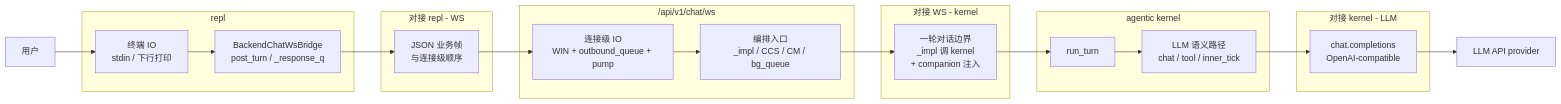
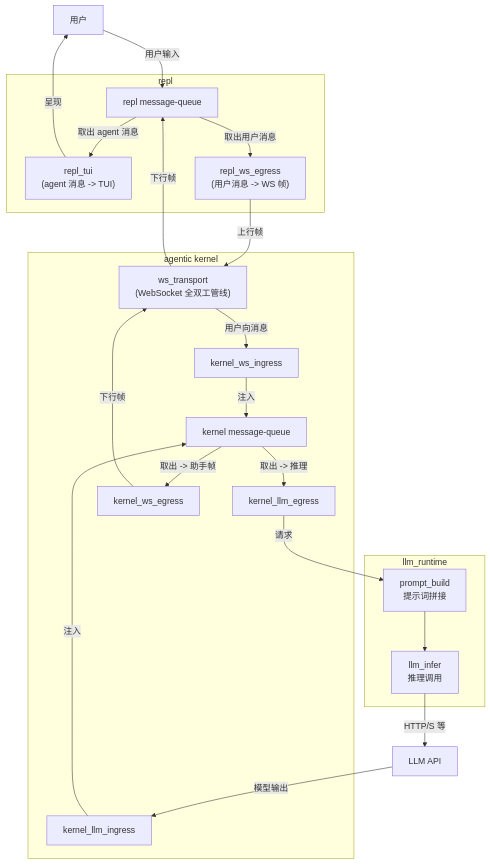
One commit to NascentCore/inty changed the first of 2 diagrams in docs/imate/ARCH.md. Above: the diagram before and after it, drawn with Mermaid. The commit also changed other lines of this file, not shown here.

Commit message:
docs(imate): ARCH logical flow diagram + logic vs code summary table
Replace ideal-view with message-path model; add summary table mapping diagram to implementation.

````diff
--- a/docs/imate/ARCH.md
+++ b/docs/imate/ARCH.md
@@ -21,35 +42,44 @@
 ```mermaid
-flowchart LR
+flowchart TB
   User["用户"]
 
   subgraph repl["repl"]
-    TTY["终端 IO\nstdin / 下行打印"]
-    Bridge["BackendChatWsBridge\npost_turn / _response_q"]
+    RMQ["repl message-queue"]
+    ReplTui["repl_tui\n(agent 消息 -> TUI)"]
+    ReplWsOut["repl_ws_egress\n(用户消息 -> WS 帧)"]
+    RMQ -->|"取出 agent 消息"| ReplTui
+    RMQ -->|"取出用户消息"| ReplWsOut
   end
 
-  subgraph DockRW["对接 repl - WS"]
-    IF_RW["JSON 业务帧\n与连接级顺序"]
+  User -->|"用户输入"| RMQ
+  ReplTui -->|"呈现"| User
+
+  WST["ws_transport\n(WebSocket 全双工管线)"]
+
+  ReplWsOut -->|"上行帧"| WST
+  WST -->|"下行帧"| RMQ
+
+  subgraph kernel["agentic kernel"]
+    KMQ["kernel message-queue"]
+    KwIn["kernel_ws_ingress"]
+    KlIn["kernel_llm_ingress"]
+    KlOut["kernel_llm_egress"]
+    KwOut["kernel_ws_egress"]
+    WST -->|"用户向消息"| KwIn
+    KwIn -->|"注入"| KMQ
+    KlIn -->|"注入"| KMQ
+    KMQ -->|"取出 -> 推理"| KlOut
+    KMQ -->|"取出 -> 助手帧"| KwOut
+    KwOut -->|"下行帧"| WST
   end
 
-  subgraph ChatWs["/api/v1/chat/ws"]
-    ConnQ["连接级 IO\nWIN + outbound_queue + pump"]
-    SvcGate["编排入口\n_impl / CCS / CM / bg_queue"]
+  subgraph llm_rt["llm_runtime"]
+    Prompt["prompt_build\n提示词拼接"]
+    Infer["llm_infer\n推理调用"]
+    Prompt --> Infer
   end
 
-  subgraph DockWK["对接 WS - kernel"]
-    IF_WK["一轮对话边界\n_impl 调 kernel\n+ companion 注入"]
-  end
-
-  subgraph Kernel["agentic kernel"]
-    Turn["run_turn"]
-    LlmSide["LLM 语义路径\nchat / tool / inner_tick"]
-  end
-
-  subgraph DockKL["对接 kernel - LLM"]
-    IF_KL["chat.completions\nOpenAI-compatible"]
-  end
-
-  LLM["LLM API provider"]
-
-  User --> TTY --> Bridge --> IF_RW --> ConnQ --> SvcGate --> IF_WK --> Turn --> LlmSide --> IF_KL --> LLM
+  KlOut -->|"请求"| Prompt
+  Infer -->|"HTTP/S 等"| LLM["LLM API"]
+  LLM -->|"模型输出"| KlIn
 ```
````
